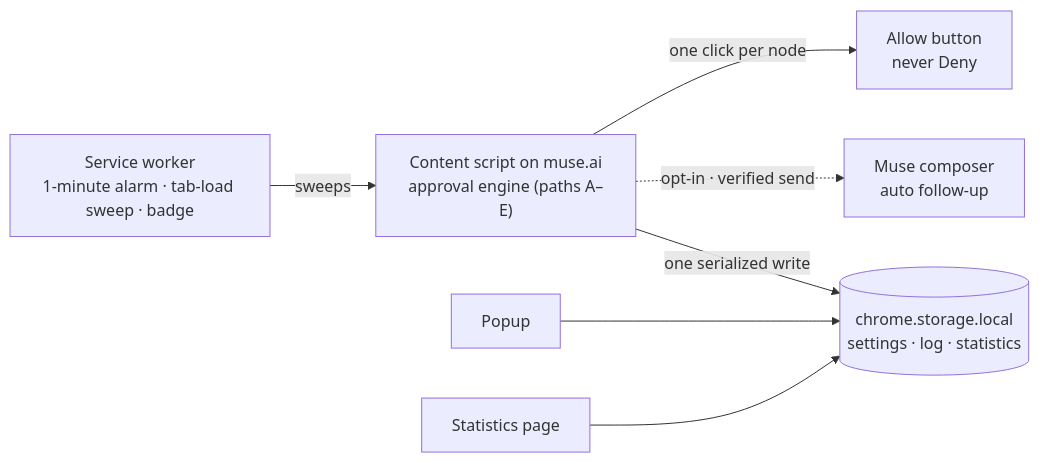
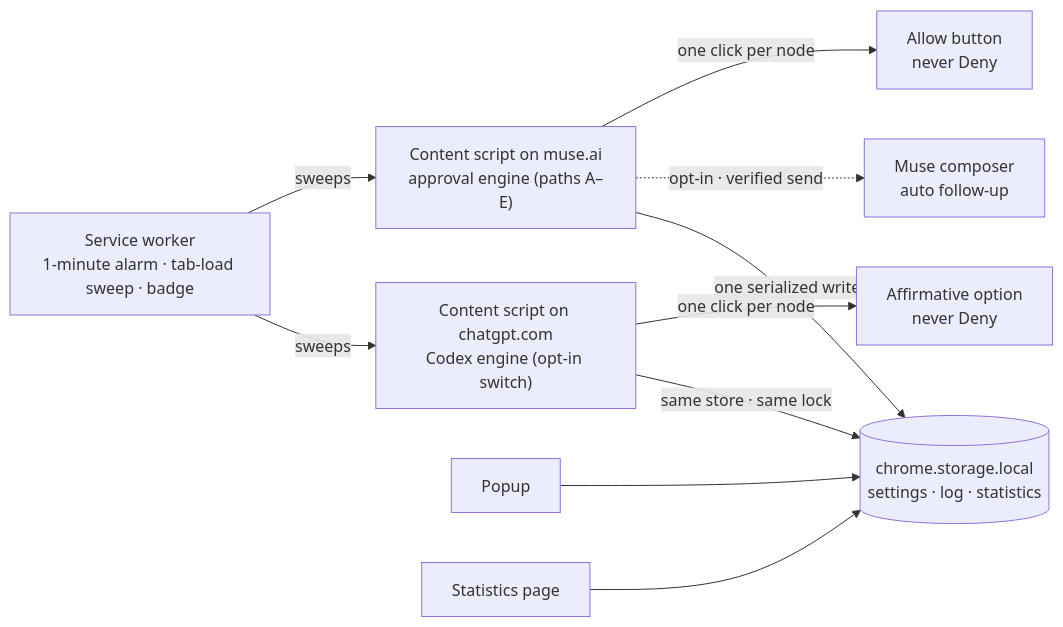
One commit to BlueSkyz-Labs/muse-auto-allow changed the diagram in README.md. Above: the diagram before and after it, drawn with Mermaid. The commit also changed other lines of this file and 36 other files, not shown here.

First line of the commit message:
feat(codex): Codex (ChatGPT) auto-approve — a separate, opt-in engine (v1.10.0) (#5)

````diff
--- a/README.md
+++ b/README.md
@@ -164,9 +196,12 @@
 ```mermaid
 flowchart LR
     SW["Service worker<br/>1-minute alarm · tab-load sweep · badge"] -->|"sweeps"| CS["Content script on muse.ai<br/>approval engine (paths A–E)"]
+    SW -->|"sweeps"| CX["Content script on chatgpt.com<br/>Codex engine (opt-in switch)"]
     CS -->|"one click per node"| BTN["Allow button<br/>never Deny"]
+    CX -->|"one click per node"| CBTN["Affirmative option<br/>never Deny"]
     CS -.->|"opt-in · verified send"| FU["Muse composer<br/>auto follow-up"]
     CS -->|"one serialized write"| ST[("chrome.storage.local<br/>settings · log · statistics")]
+    CX -->|"same store · same lock"| ST
     POP["Popup"] --> ST
     SP["Statistics page"] --> ST
 ```
````
